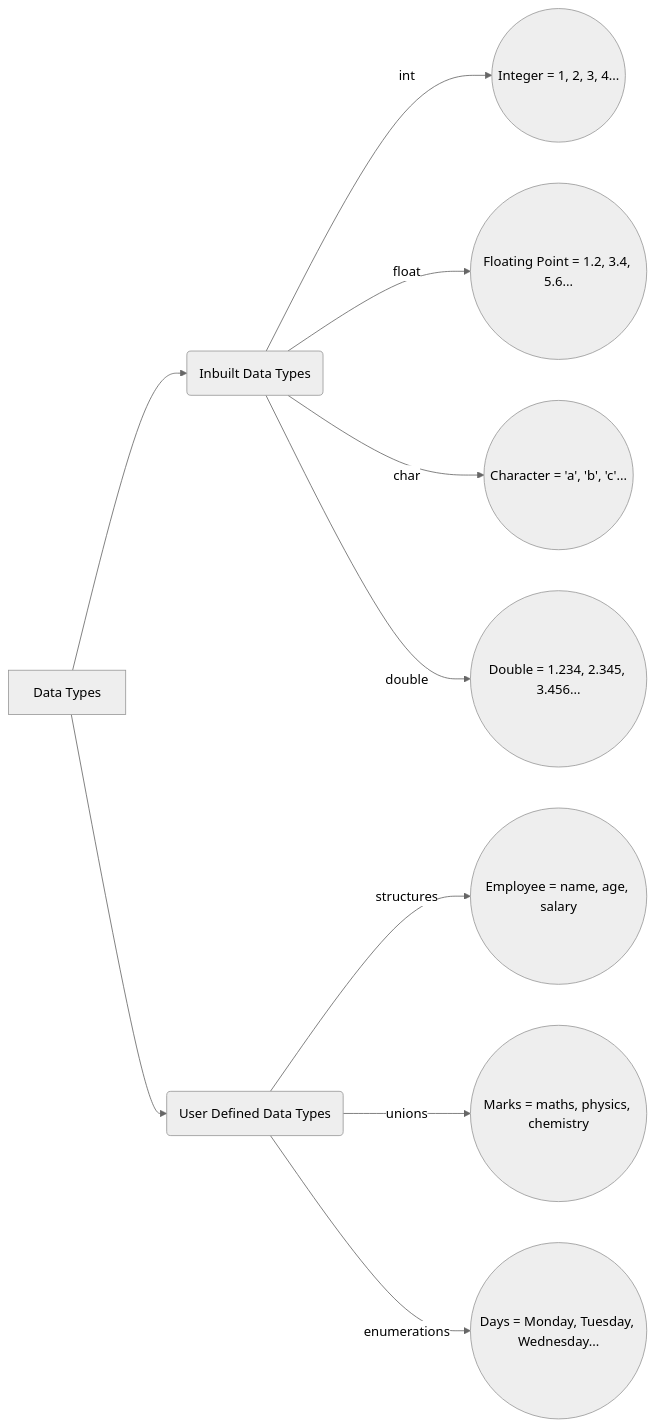
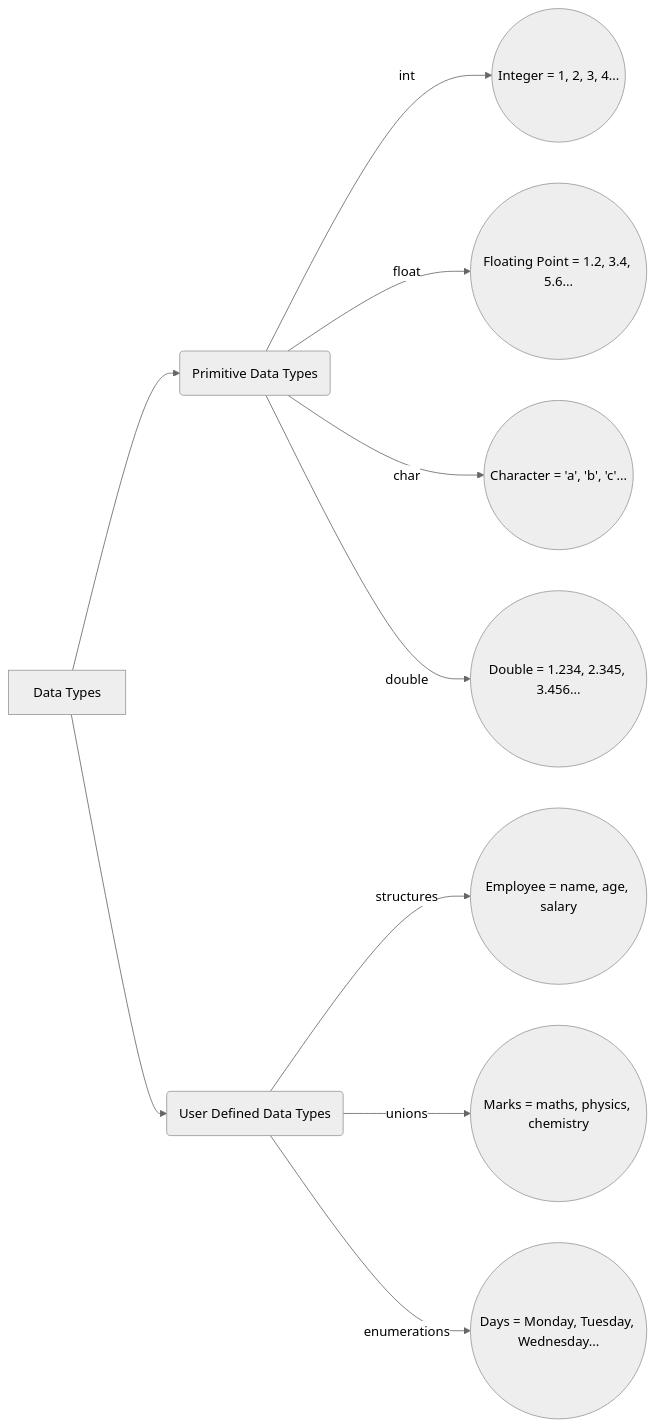
One commit to dog-broad/CRT changed the diagram in Data_Structures.md. Above: the diagram before and after it, drawn with Mermaid (neutral theme). The commit also changed other lines of this file and 2 other files, not shown here.

````diff
--- a/Data_Structures.md
+++ b/Data_Structures.md
@@ -9,12 +9,12 @@
 ```mermaid  
 graph LR
-A[Data Types] --> B(Inbuilt Data Types)
+A[Data Types] --> B(Primitive Data Types)
 A --> C(User Defined Data Types)
 B -->|int| D((Integer = 1, 2, 3, 4...))
 B -->|float| E((Floating Point = 1.2, 3.4, 5.6...))
 B -->|char| F((Character = 'a', 'b', 'c'...))
 B -->|double| G((Double = 1.234, 2.345, 3.456...))
 C -->|structures| H((Employee = name, age, salary))
 C -->|unions| I((Marks = maths, physics, chemistry))
 C -->|enumerations| J((Days = Monday, Tuesday, Wednesday...))
 ```
````
